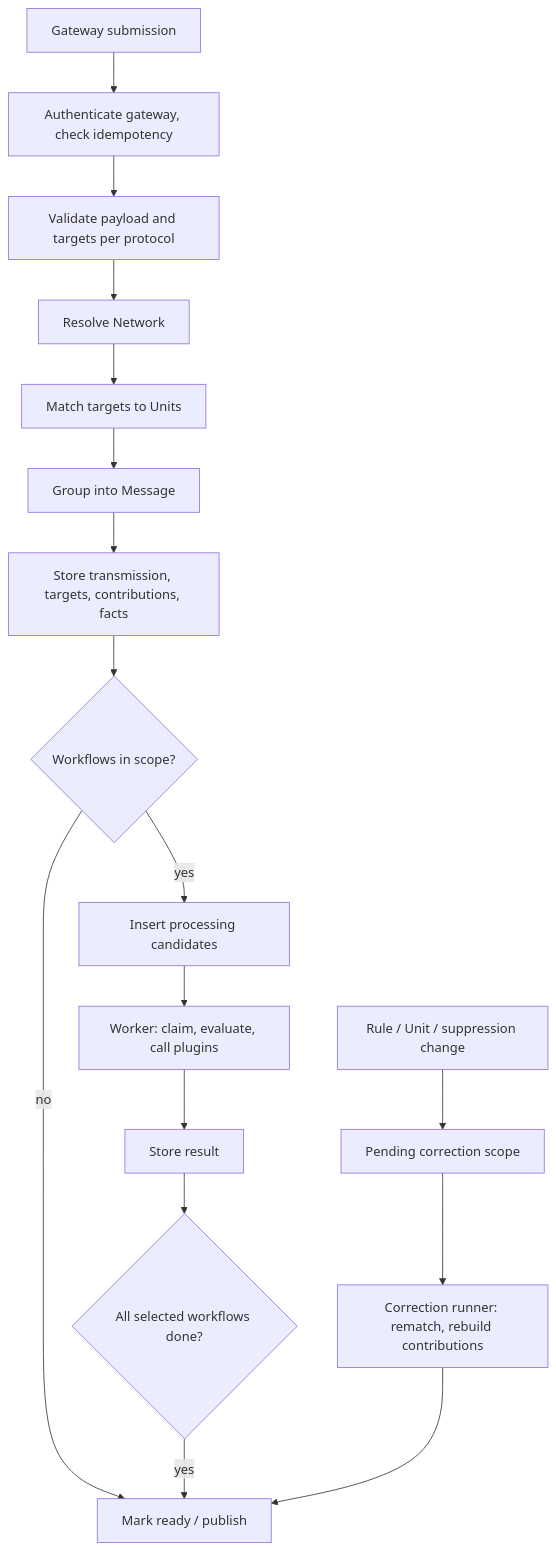
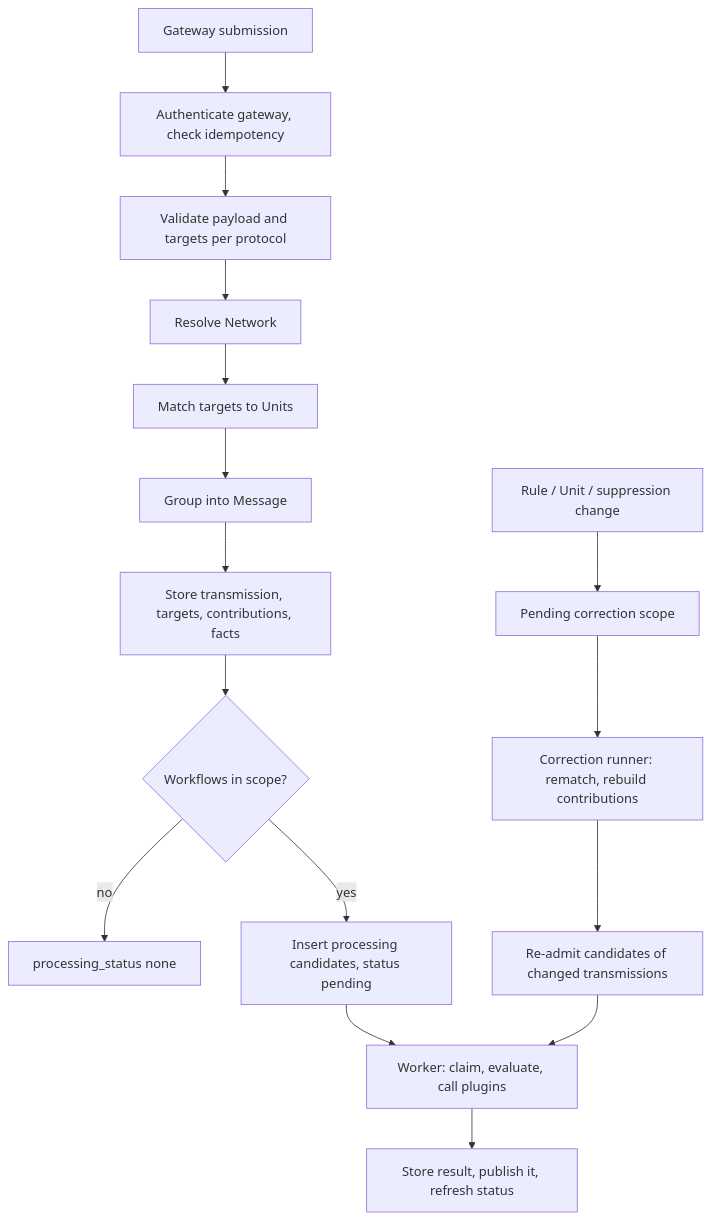
One commit to gopager/gopager changed the second of 6 diagrams in docs/architecture.md. Above: the diagram before and after it, drawn with Mermaid. The commit also changed other lines of this file and 104 other files, not shown here.

````diff
--- a/docs/architecture.md
+++ b/docs/architecture.md
@@ -40,19 +40,18 @@
 ```mermaid
 flowchart TD
     A[Gateway submission] --> B[Authenticate gateway, check idempotency]
     B --> C[Validate payload and targets per protocol]
     C --> D[Resolve Network]
     D --> E[Match targets to Units]
     E --> F[Group into Message]
     F --> G[Store transmission, targets, contributions, facts]
     G --> H{Workflows in scope?}
-    H -- no --> P[Mark ready / publish]
-    H -- yes --> I[Insert processing candidates]
+    H -- no --> N[processing_status none]
+    H -- yes --> I[Insert processing candidates, status pending]
     I --> J[Worker: claim, evaluate, call plugins]
-    J --> K[Store result]
-    K --> L{All selected workflows done?}
-    L -- yes --> P
+    J --> K[Store result, publish it, refresh status]
     R[Rule / Unit / suppression change] --> S[Pending correction scope]
     S --> T[Correction runner: rematch, rebuild contributions]
-    T --> P
+    T --> U[Re-admit candidates of changed transmissions]
+    U --> J
 ```
````
